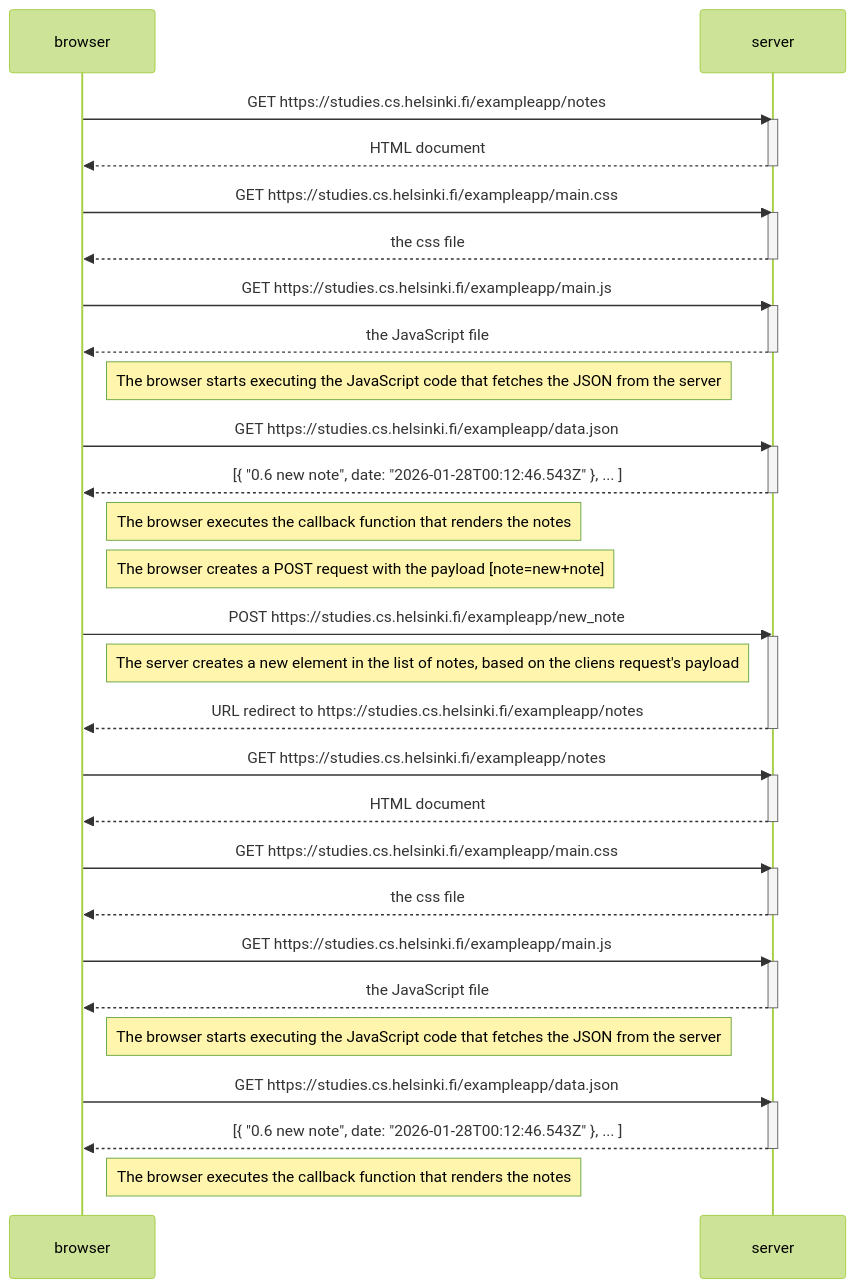
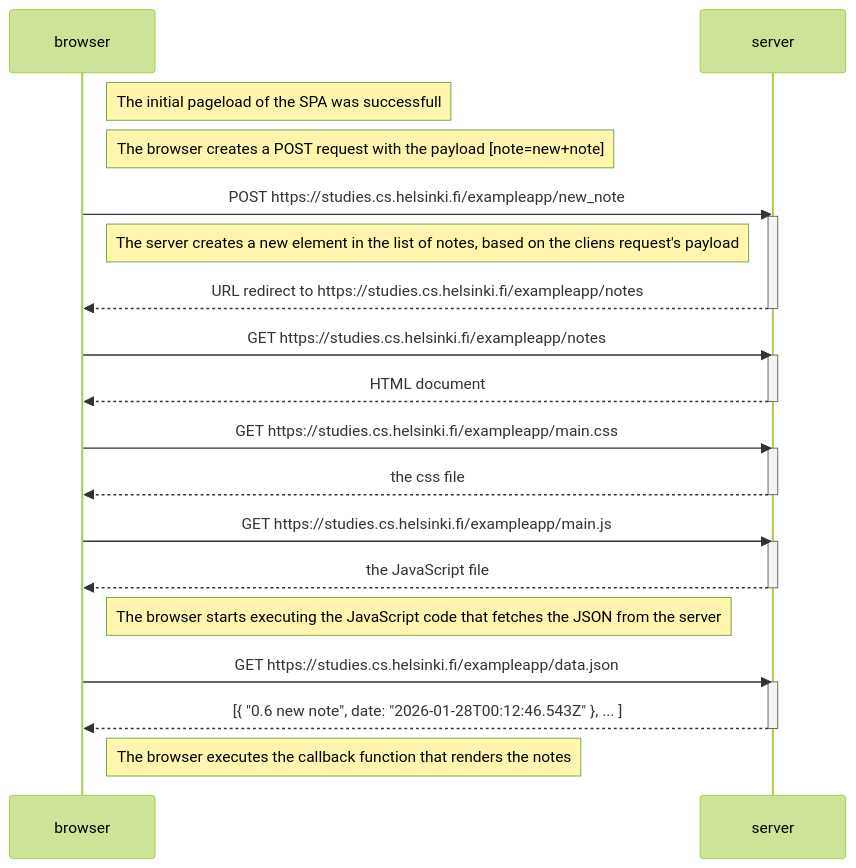
The diagram in part0/ex04-new-note-diagram.md (jakobsitory/full-stack-open), drawn with Mermaid (forest theme) before and after one commit. The commit also changed 1 other file, not shown here.

Commit message:
added diagram for creating new note in spa; dcluttered all diagrams to be more focussed

````diff
--- a/part0/ex04-new-note-diagram.md
+++ b/part0/ex04-new-note-diagram.md
@@ -2,62 +2,38 @@
 ```mermaid
 sequenceDiagram
     participant browser
     participant server
 
-    browser->>server: GET https://studies.cs.helsinki.fi/exampleapp/notes
-    activate server
-    server-->>browser: HTML document
-    deactivate server
-
-    browser->>server: GET https://studies.cs.helsinki.fi/exampleapp/main.css
-    activate server
-    server-->>browser: the css file
-    deactivate server
-
-    browser->>server: GET https://studies.cs.helsinki.fi/exampleapp/main.js
-    activate server
-    server-->>browser: the JavaScript file
-    deactivate server
-
-    Note right of browser: The browser starts executing the JavaScript code that fetches the JSON from the server
-
-    browser->>server: GET https://studies.cs.helsinki.fi/exampleapp/data.json
-    activate server
-    server-->>browser: [{ "0.6 new note", date: "2026-01-28T00:12:46.543Z" }, ... ]
-    deactivate server
-
-    Note right of browser: The browser executes the callback function that renders the notes
-
+	Note right of browser: The initial pageload of the SPA was successfull
     Note right of browser: The browser creates a POST request with the payload [note=new+note]
 
 	browser->>server: POST https://studies.cs.helsinki.fi/exampleapp/new_note
 	activate server
     Note left of server: The server creates a new element in the list of notes, based on the cliens request's payload
 	server-->>browser: URL redirect to https://studies.cs.helsinki.fi/exampleapp/notes
 	deactivate server
-	
 
     browser->>server: GET https://studies.cs.helsinki.fi/exampleapp/notes
     activate server
     server-->>browser: HTML document
     deactivate server
 
     browser->>server: GET https://studies.cs.helsinki.fi/exampleapp/main.css
     activate server
     server-->>browser: the css file
     deactivate server
 
     browser->>server: GET https://studies.cs.helsinki.fi/exampleapp/main.js
     activate server
     server-->>browser: the JavaScript file
     deactivate server
 
     Note right of browser: The browser starts executing the JavaScript code that fetches the JSON from the server
 
     browser->>server: GET https://studies.cs.helsinki.fi/exampleapp/data.json
     activate server
     server-->>browser: [{ "0.6 new note", date: "2026-01-28T00:12:46.543Z" }, ... ]
     deactivate server
 
     Note right of browser: The browser executes the callback function that renders the notes
 ```
````
